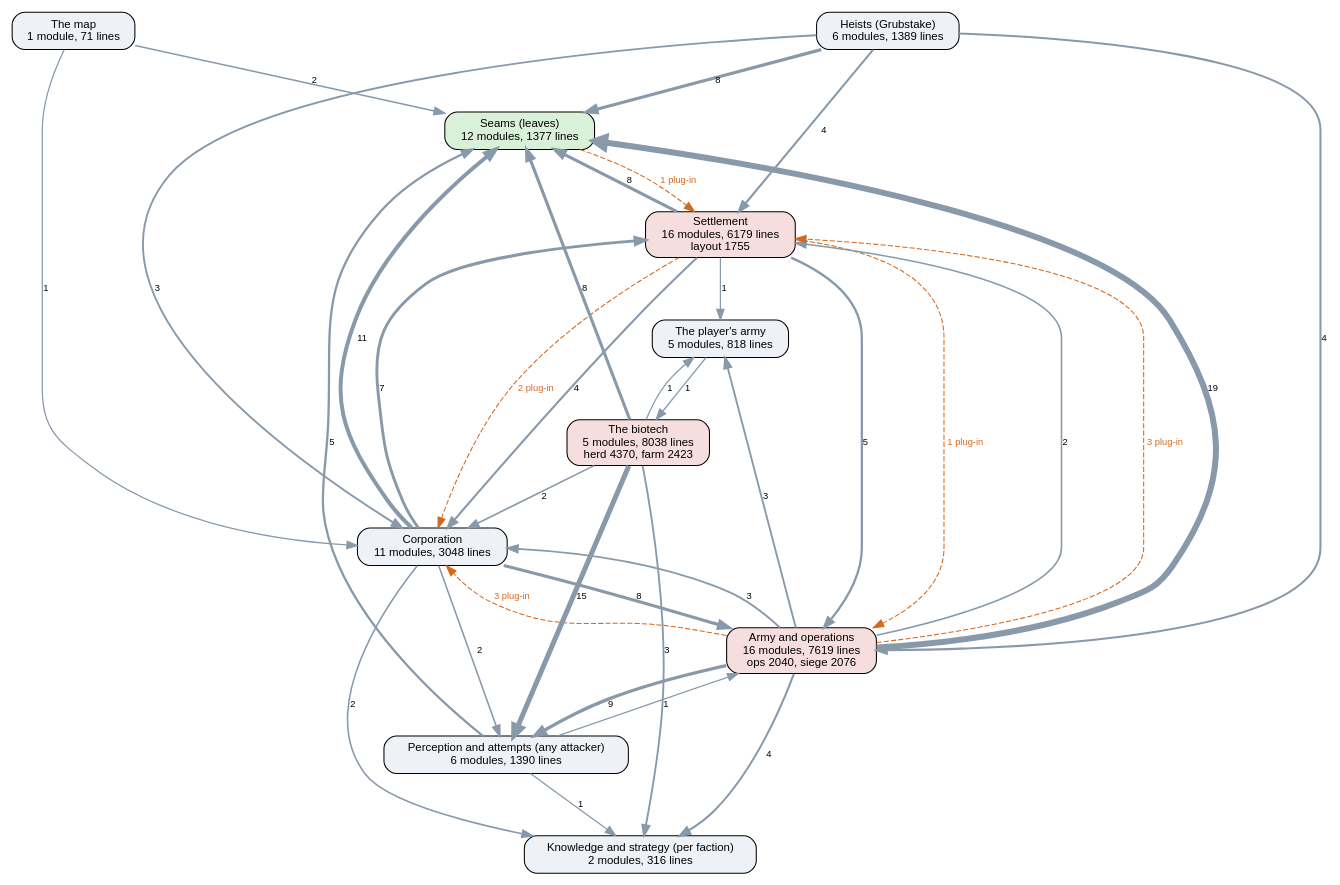
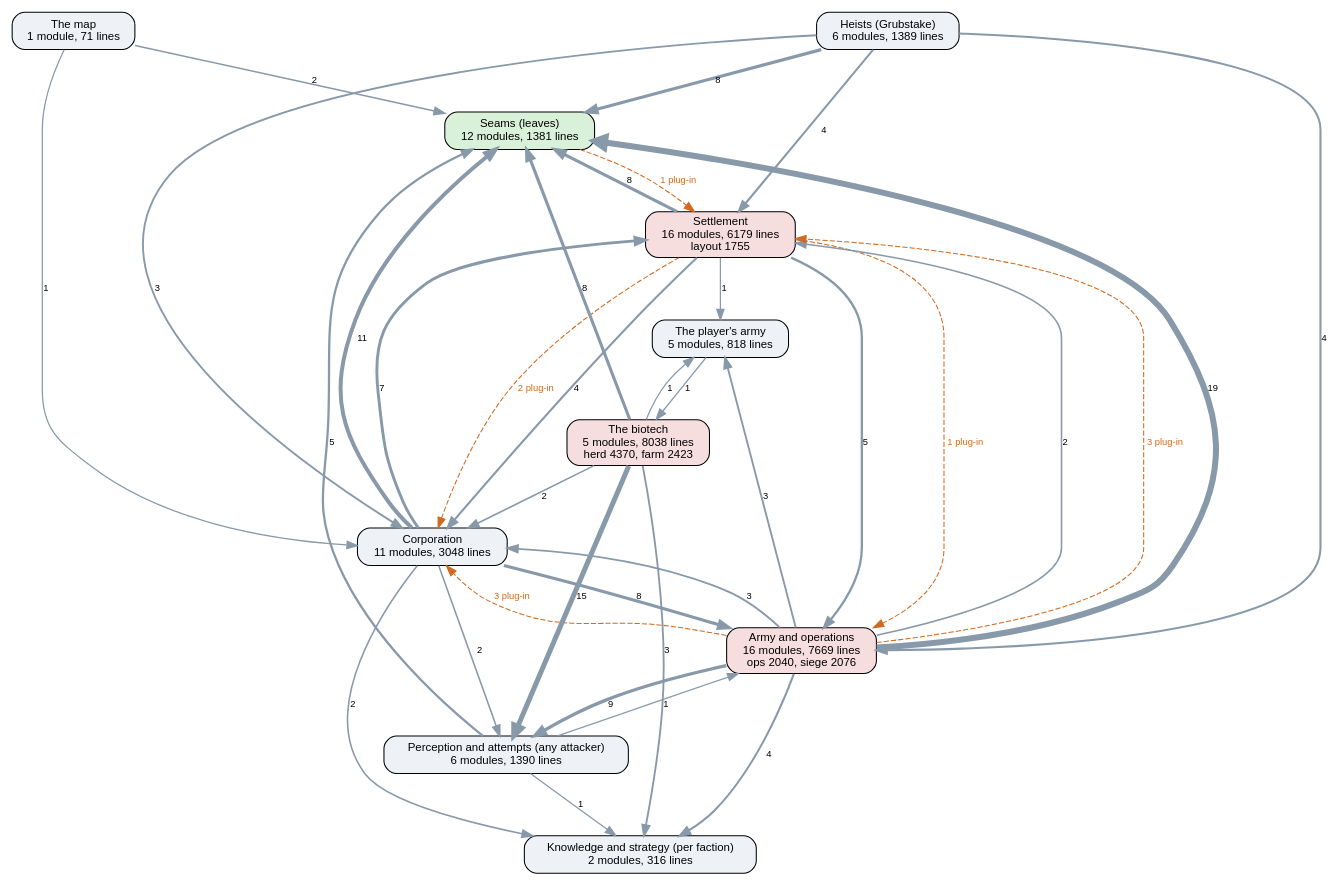
The diagram in docs/ai-layers.dot (kinelhu/landing-party), drawn with Graphviz before and after one commit. The commit also changed 20 other files, not shown here.

```diff
--- a/docs/ai-layers.dot
+++ b/docs/ai-layers.dot
@@ -1,50 +1,50 @@
 digraph layers {
   graph [rankdir=TB, fontname="Helvetica", nodesep=0.5, ranksep=0.7];
   node [shape=box, style="rounded,filled", fontname="Helvetica", fontsize=11, fillcolor="#eef2f7"];
   edge [color="#8899aa", fontname="Helvetica", fontsize=9];
-  "Seams (leaves)" [label="Seams (leaves)\n12 modules, 1377 lines", fillcolor="#d9f0d9"];
+  "Seams (leaves)" [label="Seams (leaves)\n12 modules, 1381 lines", fillcolor="#d9f0d9"];
   "Perception and attempts (any attacker)" [label="Perception and attempts (any attacker)\n6 modules, 1390 lines", fillcolor="#eef2f7"];
   "Knowledge and strategy (per faction)" [label="Knowledge and strategy (per faction)\n2 modules, 316 lines", fillcolor="#eef2f7"];
   "Corporation" [label="Corporation\n11 modules, 3048 lines", fillcolor="#eef2f7"];
   "Settlement" [label="Settlement\n16 modules, 6179 lines\nlayout 1755", fillcolor="#f7dede"];
-  "Army and operations" [label="Army and operations\n16 modules, 7619 lines\nops 2040, siege 2076", fillcolor="#f7dede"];
+  "Army and operations" [label="Army and operations\n16 modules, 7669 lines\nops 2040, siege 2076", fillcolor="#f7dede"];
   "Heists (Grubstake)" [label="Heists (Grubstake)\n6 modules, 1389 lines", fillcolor="#eef2f7"];
   "The biotech" [label="The biotech\n5 modules, 8038 lines\nherd 4370, farm 2423", fillcolor="#f7dede"];
   "The map" [label="The map\n1 module, 71 lines", fillcolor="#eef2f7"];
   "The player's army" [label="The player's army\n5 modules, 818 lines", fillcolor="#eef2f7"];
   "Army and operations" -> "Corporation" [label="3", penwidth=1.8];
   "Army and operations" -> "Knowledge and strategy (per faction)" [label="4", penwidth=2.0];
   "Army and operations" -> "Perception and attempts (any attacker)" [label="9", penwidth=3.2];
   "Army and operations" -> "Seams (leaves)" [label="19", penwidth=5.8];
   "Army and operations" -> "Settlement" [label="2", penwidth=1.5];
   "Army and operations" -> "The player's army" [label="3", penwidth=1.8];
   "Corporation" -> "Army and operations" [label="8", penwidth=3.0];
   "Corporation" -> "Knowledge and strategy (per faction)" [label="2", penwidth=1.5];
   "Corporation" -> "Perception and attempts (any attacker)" [label="2", penwidth=1.5];
   "Corporation" -> "Seams (leaves)" [label="11", penwidth=3.8];
   "Corporation" -> "Settlement" [label="7", penwidth=2.8];
   "Heists (Grubstake)" -> "Army and operations" [label="4", penwidth=2.0];
   "Heists (Grubstake)" -> "Corporation" [label="3", penwidth=1.8];
   "Heists (Grubstake)" -> "Seams (leaves)" [label="8", penwidth=3.0];
   "Heists (Grubstake)" -> "Settlement" [label="4", penwidth=2.0];
   "Perception and attempts (any attacker)" -> "Army and operations" [label="1", penwidth=1.2];
   "Perception and attempts (any attacker)" -> "Knowledge and strategy (per faction)" [label="1", penwidth=1.2];
   "Perception and attempts (any attacker)" -> "Seams (leaves)" [label="5", penwidth=2.2];
   "Settlement" -> "Army and operations" [label="5", penwidth=2.2];
   "Settlement" -> "Corporation" [label="4", penwidth=2.0];
   "Settlement" -> "Seams (leaves)" [label="8", penwidth=3.0];
   "Settlement" -> "The player's army" [label="1", penwidth=1.2];
   "The biotech" -> "Corporation" [label="2", penwidth=1.5];
   "The biotech" -> "Knowledge and strategy (per faction)" [label="3", penwidth=1.8];
   "The biotech" -> "Perception and attempts (any attacker)" [label="15", penwidth=4.8];
   "The biotech" -> "Seams (leaves)" [label="8", penwidth=3.0];
   "The biotech" -> "The player's army" [label="1", penwidth=1.2];
   "The map" -> "Corporation" [label="1", penwidth=1.2];
   "The map" -> "Seams (leaves)" [label="2", penwidth=1.5];
   "The player's army" -> "The biotech" [label="1", penwidth=1.2];
   "Army and operations" -> "Corporation" [style=dashed, color="#d2691e", fontcolor="#d2691e", label="3 plug-in"];
   "Army and operations" -> "Settlement" [style=dashed, color="#d2691e", fontcolor="#d2691e", label="3 plug-in"];
   "Seams (leaves)" -> "Settlement" [style=dashed, color="#d2691e", fontcolor="#d2691e", label="1 plug-in"];
   "Settlement" -> "Army and operations" [style=dashed, color="#d2691e", fontcolor="#d2691e", label="1 plug-in"];
   "Settlement" -> "Corporation" [style=dashed, color="#d2691e", fontcolor="#d2691e", label="2 plug-in"];
 }
```
